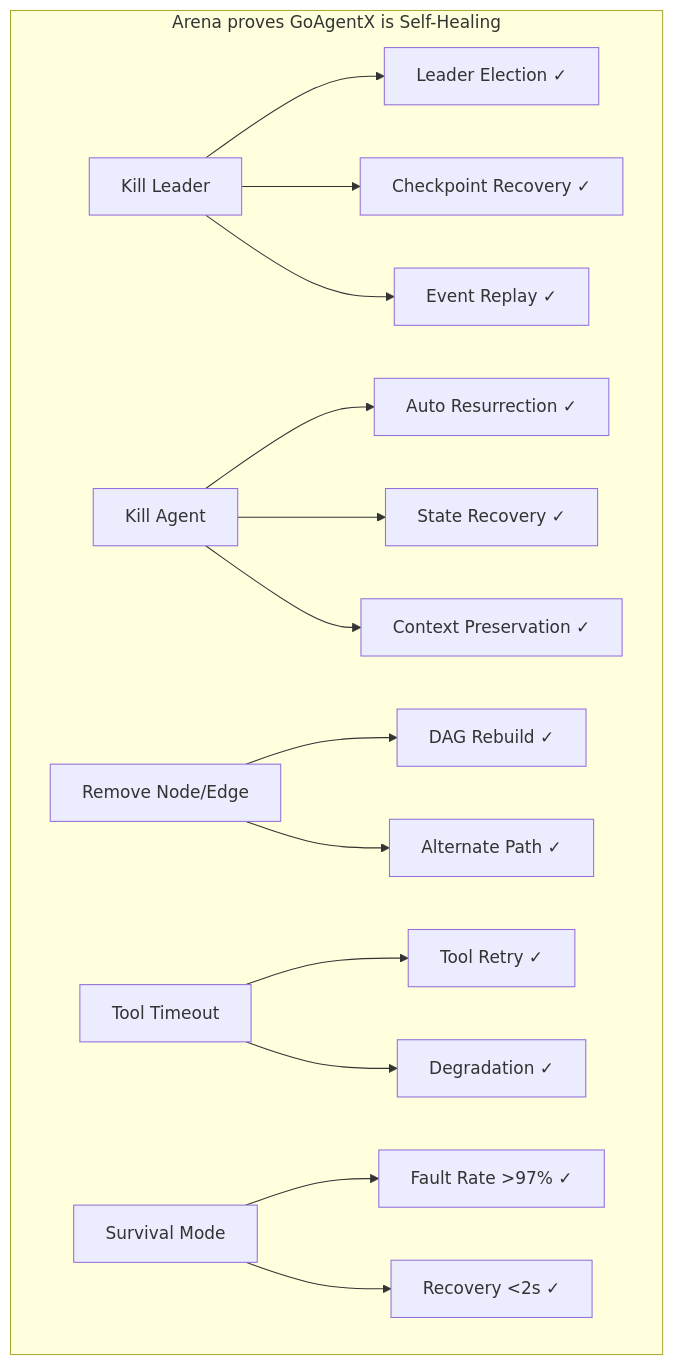
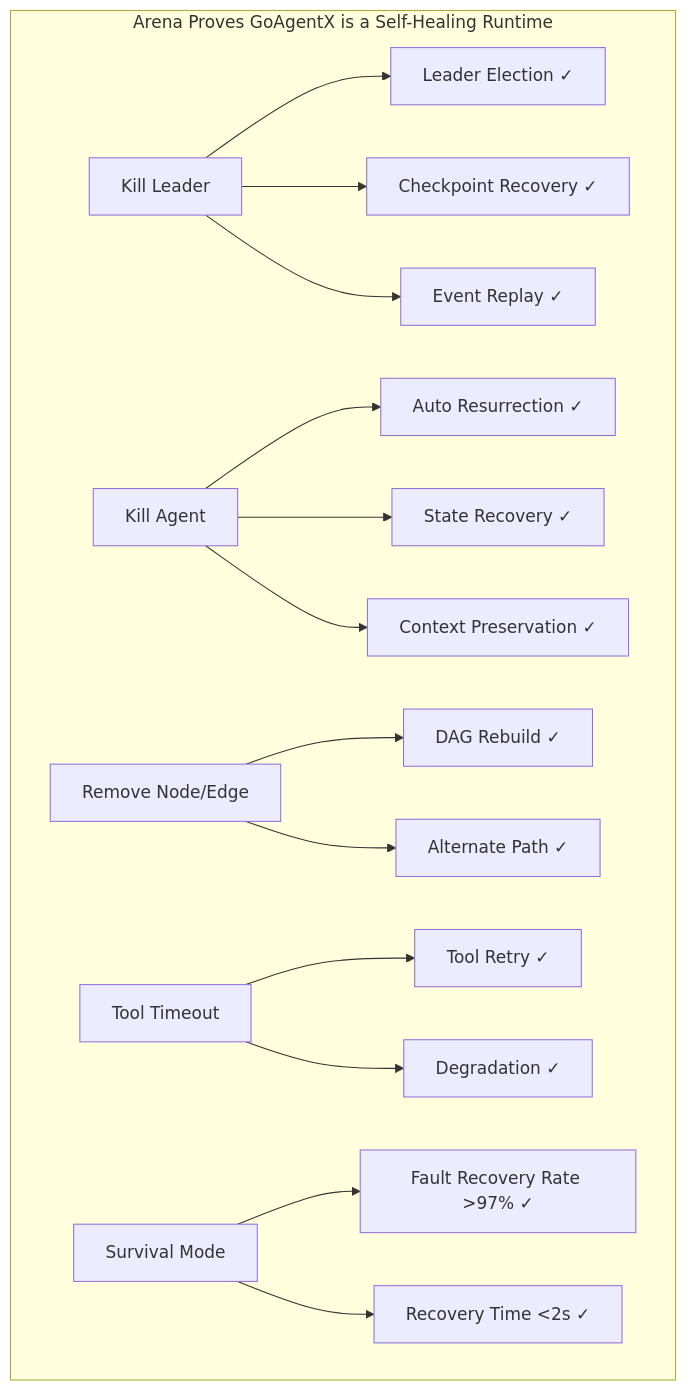
The sixth of 6 diagrams in docs/articles/en/arena-fault-injection-deep-dive.md (Timwood0x10/ARES), drawn with Mermaid before and after one commit. The commit also changed other lines of this file and 22 other files, not shown here.

````diff
--- a/docs/articles/en/arena-fault-injection-deep-dive.md
+++ b/docs/articles/en/arena-fault-injection-deep-dive.md
@@ -585,21 +389,21 @@
 ```mermaid
 graph TB
-    subgraph "Arena proves GoAgentX is Self-Healing"
+    subgraph "Arena Proves GoAgentX is a Self-Healing Runtime"
         A[Kill Leader] --> LA[Leader Election ✓]
         A --> CK[Checkpoint Recovery ✓]
         A --> ER[Event Replay ✓]
 
         B[Kill Agent] --> AR[Auto Resurrection ✓]
         B --> SR[State Recovery ✓]
         B --> CR[Context Preservation ✓]
 
         C[Remove Node/Edge] --> DR[DAG Rebuild ✓]
         C --> AP[Alternate Path ✓]
 
         D[Tool Timeout] --> TR[Tool Retry ✓]
         D --> DG[Degradation ✓]
 
-        E[Survival Mode] --> FR[Fault Rate >97% ✓]
-        E --> RT[Recovery <2s ✓]
+        E[Survival Mode] --> FR[Fault Recovery Rate >97% ✓]
+        E --> RT[Recovery Time <2s ✓]
     end
 ```
````
